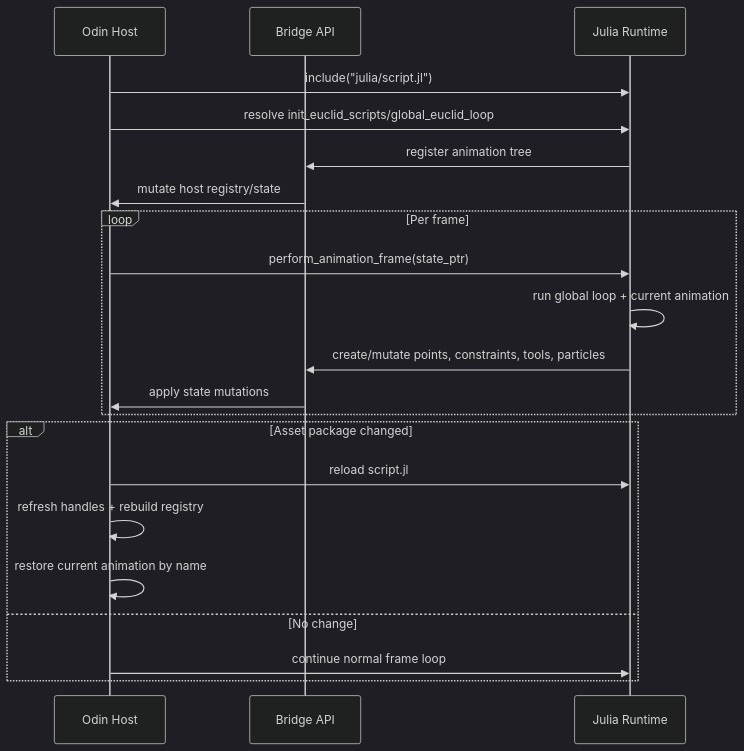
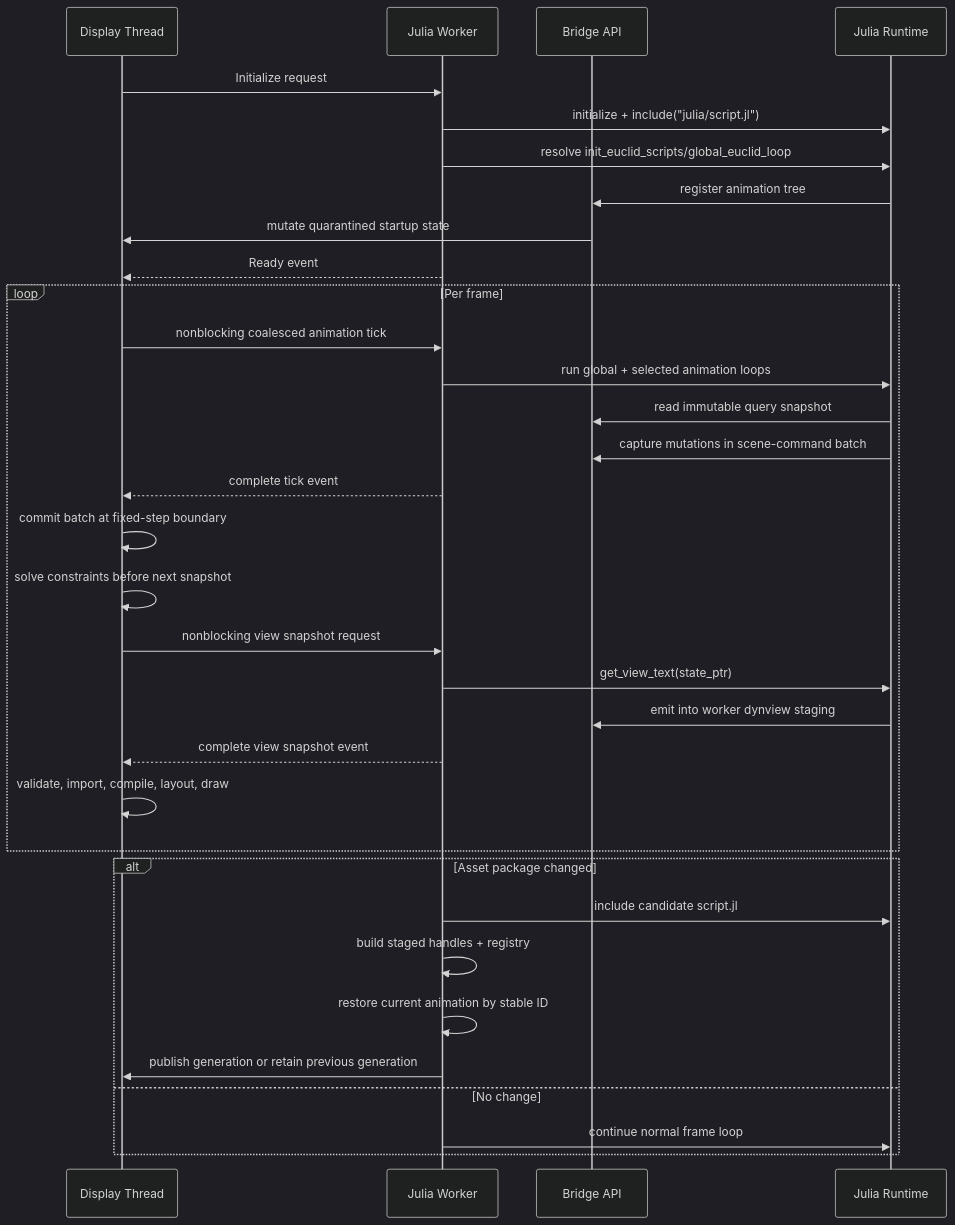
One commit to derekshoneycutt/Euclid changed the second of 2 diagrams in ArchitectureSummary.md. Above: the diagram before and after it, drawn with Mermaid (dark theme). The commit also changed other lines of this file and 17 other files, not shown here.

Commit message:
Run Julia on a dedicated thread with channels comms

````diff
--- a/ArchitectureSummary.md
+++ b/ArchitectureSummary.md
@@ -201,26 +204,38 @@
 ```mermaid
 sequenceDiagram
-  participant O as Odin Host
+  participant D as Display Thread
+  participant W as Julia Worker
   participant B as Bridge API
   participant J as Julia Runtime
 
-  O->>J: include("julia/script.jl")
-  O->>J: resolve init_euclid_scripts/global_euclid_loop
+  D->>W: Initialize request
+  W->>J: initialize + include("julia/script.jl")
+  W->>J: resolve init_euclid_scripts/global_euclid_loop
   J->>B: register animation tree
-  B->>O: mutate host registry/state
+  B->>D: mutate quarantined startup state
+  W-->>D: Ready event
 
   loop Per frame
-    O->>J: perform_animation_frame(state_ptr)
-    J->>J: run global loop + current animation
-    J->>B: create/mutate points, constraints, tools, particles
-    B->>O: apply state mutations
+    D->>W: nonblocking coalesced animation tick
+    W->>J: run global + selected animation loops
+    J->>B: read immutable query snapshot
+    J->>B: capture mutations in scene-command batch
+    W-->>D: complete tick event
+    D->>D: commit batch at fixed-step boundary
+    D->>D: solve constraints before next snapshot
+    D->>W: nonblocking view snapshot request
+    W->>J: get_view_text(state_ptr)
+    J->>B: emit into worker dynview staging
+    W-->>D: complete view snapshot event
+    D->>D: validate, import, compile, layout, draw
   end
 
   alt Asset package changed
-    O->>J: reload script.jl
-    O->>O: refresh handles + rebuild registry
-    O->>O: restore current animation by name
+    W->>J: include candidate script.jl
+    W->>W: build staged handles + registry
+    W->>W: restore current animation by stable ID
+    W->>D: publish generation or retain previous generation
   else No change
-    O->>J: continue normal frame loop
+    W->>J: continue normal frame loop
   end
 ```
````
